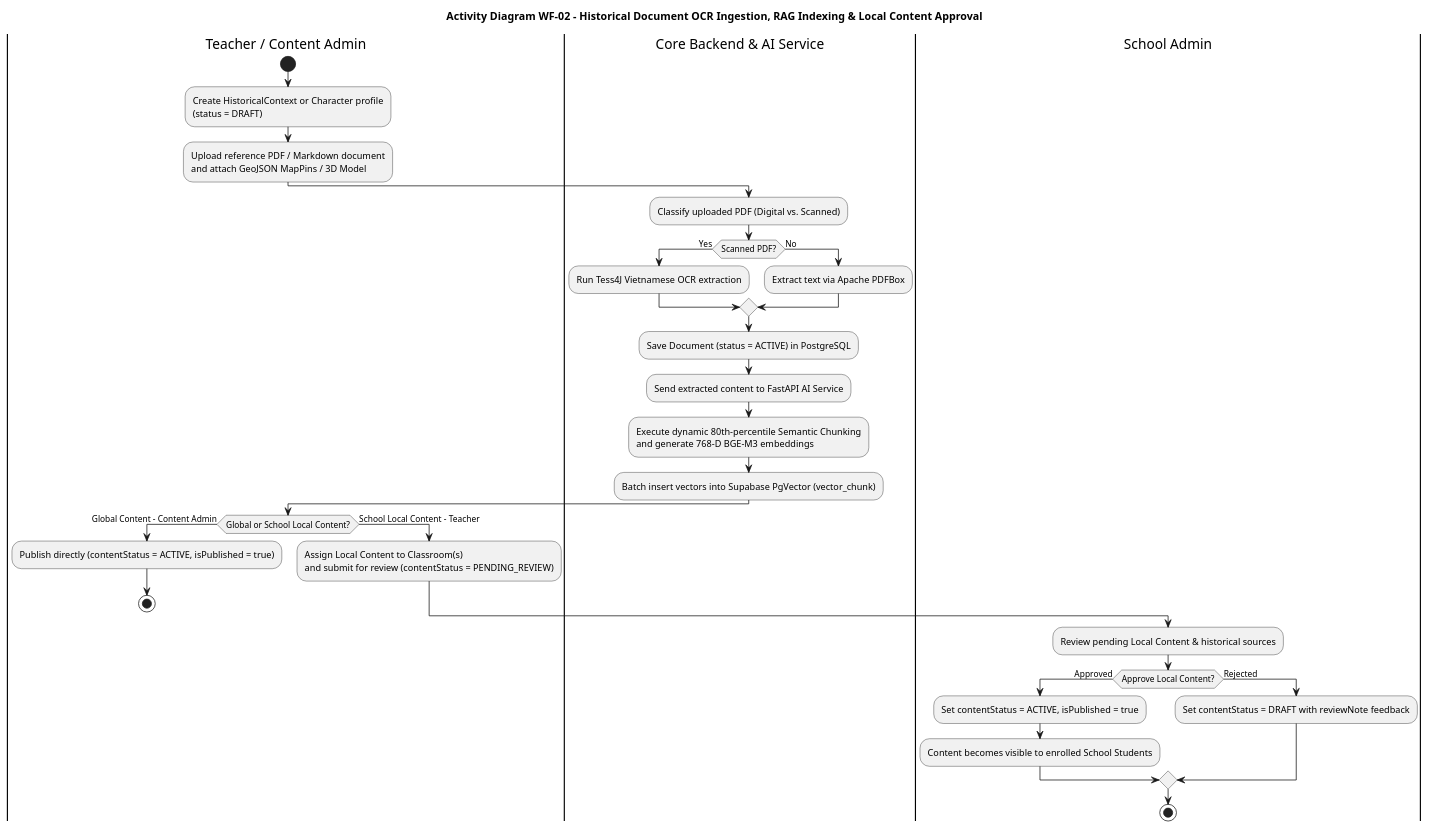
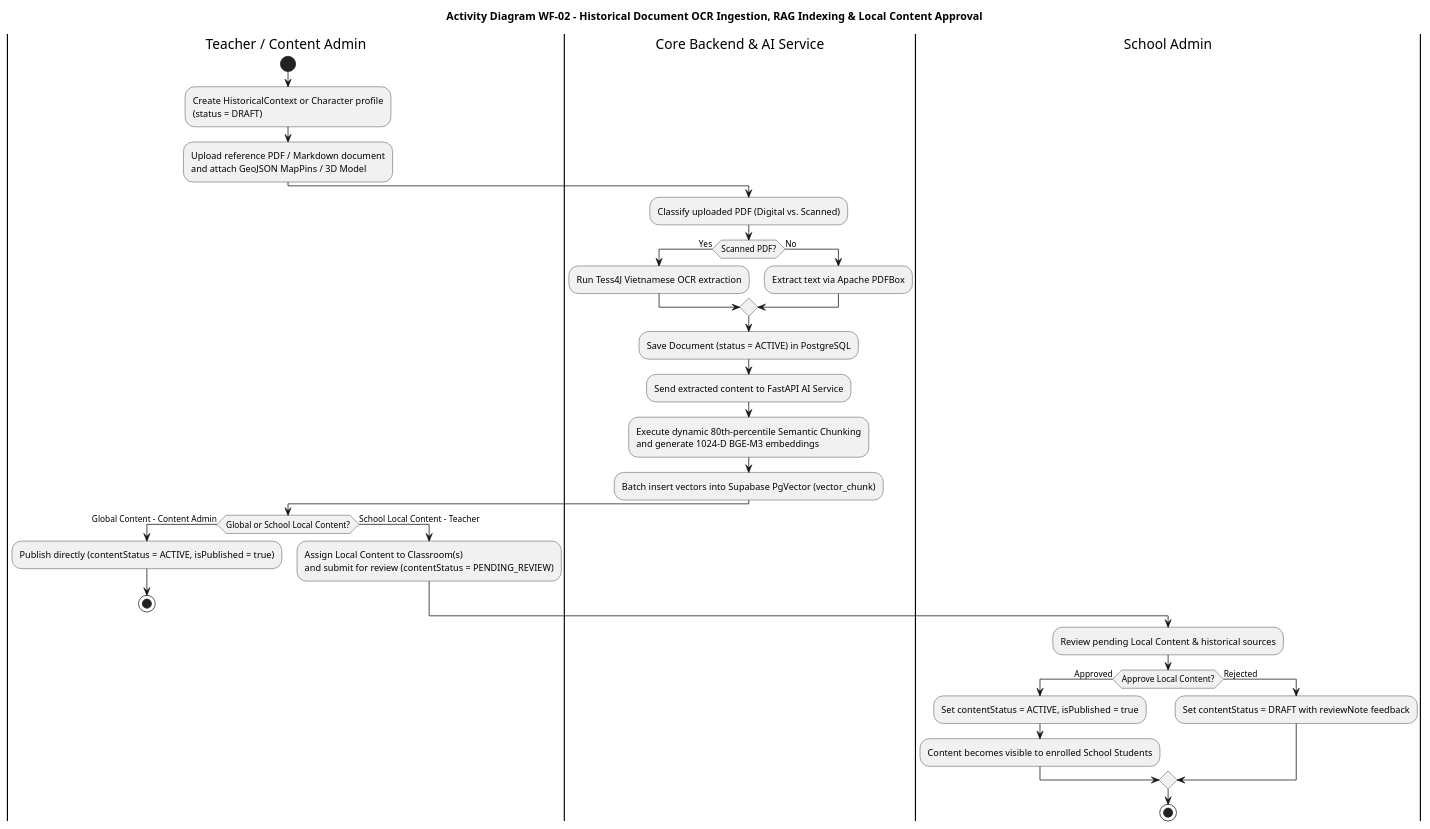
Before and after one commit to DinhTQSE/Capstone_FinalProject_HistoryTalk: the diagram in docs/report4_sdd/uml/act_wf02_rag_content_and_local_approval.puml, drawn with PlantUML. The commit also changed 16 other files, not shown here.

```diff
--- a/docs/report4_sdd/uml/act_wf02_rag_content_and_local_approval.puml
+++ b/docs/report4_sdd/uml/act_wf02_rag_content_and_local_approval.puml
@@ -1,42 +1,42 @@
 @startuml
 scale max 2800 width
 skinparam defaultFontName "Times New Roman"
 skinparam shadowing false
 
 title Activity Diagram WF-02 - Historical Document OCR Ingestion, RAG Indexing & Local Content Approval
 
 |Teacher / Content Admin|
 start
 :Create HistoricalContext or Character profile\n(status = DRAFT);
 :Upload reference PDF / Markdown document\nand attach GeoJSON MapPins / 3D Model;
 
 |Core Backend & AI Service|
 :Classify uploaded PDF (Digital vs. Scanned);
 if (Scanned PDF?) then (Yes)
     :Run Tess4J Vietnamese OCR extraction;
 else (No)
     :Extract text via Apache PDFBox;
 endif
 :Save Document (status = ACTIVE) in PostgreSQL;
 :Send extracted content to FastAPI AI Service;
-:Execute dynamic 80th-percentile Semantic Chunking\nand generate 768-D BGE-M3 embeddings;
+:Execute dynamic 80th-percentile Semantic Chunking\nand generate 1024-D BGE-M3 embeddings;
 :Batch insert vectors into Supabase PgVector (vector_chunk);
 
 |Teacher / Content Admin|
 if (Global or School Local Content?) then (Global Content - Content Admin)
     :Publish directly (contentStatus = ACTIVE, isPublished = true);
     stop
 else (School Local Content - Teacher)
     :Assign Local Content to Classroom(s)\nand submit for review (contentStatus = PENDING_REVIEW);
 endif
 
 |School Admin|
 :Review pending Local Content & historical sources;
 if (Approve Local Content?) then (Approved)
     :Set contentStatus = ACTIVE, isPublished = true;
     :Content becomes visible to enrolled School Students;
 else (Rejected)
     :Set contentStatus = DRAFT with reviewNote feedback;
 endif
 stop
 @enduml
```
